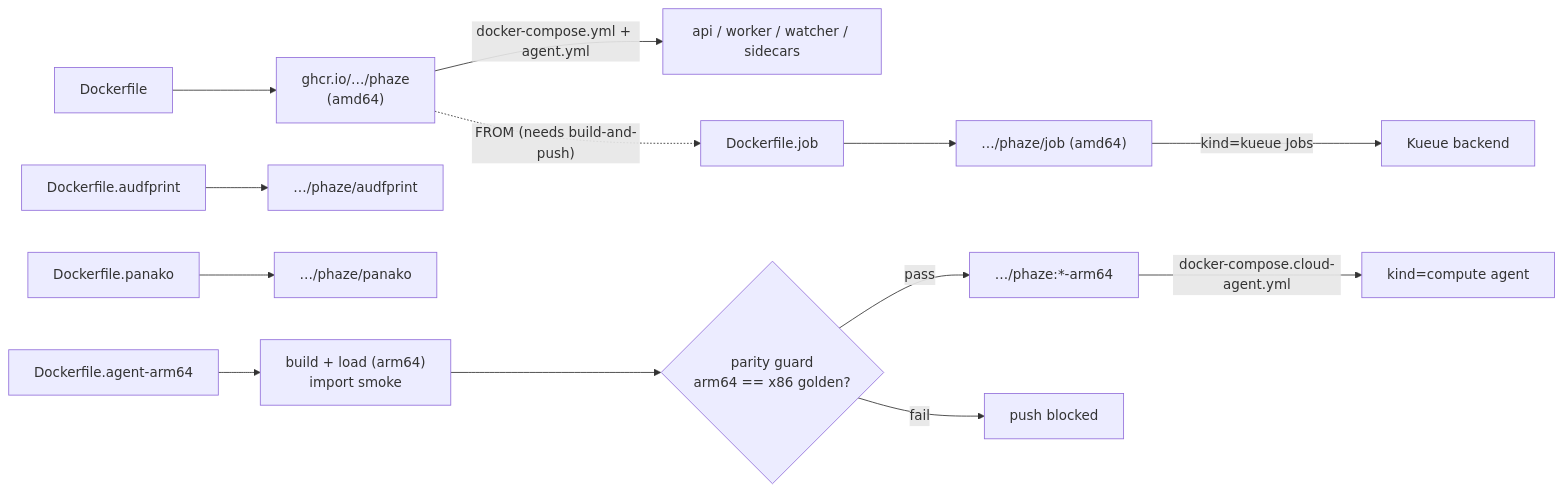
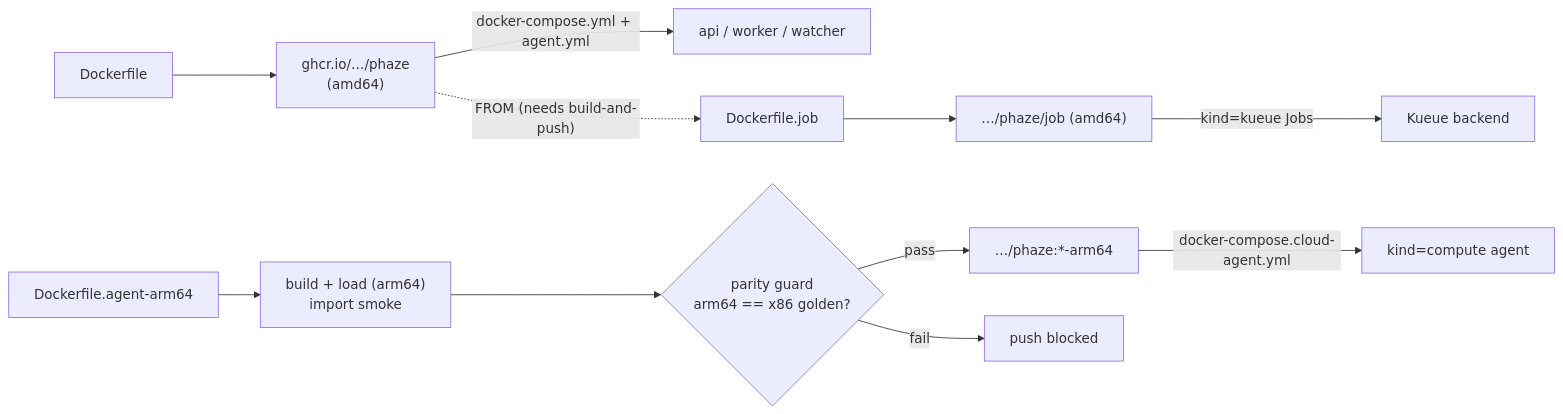
The second of 2 diagrams in docs/deployment.md (SimplicityGuy/phaze), drawn with Mermaid before and after one commit. The commit also changed other lines of this file and 14 other files, not shown here.

````diff
--- a/docs/deployment.md
+++ b/docs/deployment.md
@@ -465,18 +456,16 @@
 ```mermaid
 flowchart LR
     df1["Dockerfile"] --> api["ghcr.io/…/phaze<br/>(amd64)"]
-    df2["Dockerfile.audfprint"] --> aud["…/phaze/audfprint"]
-    df3["Dockerfile.panako"] --> pk["…/phaze/panako"]
 
-    api -->|"docker-compose.yml + agent.yml"| use1["api / worker / watcher / sidecars"]
+    api -->|"docker-compose.yml + agent.yml"| use1["api / worker / watcher"]
 
     api -.->|"FROM (needs build-and-push)"| dfjob["Dockerfile.job"]
     dfjob --> job["…/phaze/job (amd64)"]
     job -->|"kind=kueue Jobs"| kueue["Kueue backend"]
 
     df4["Dockerfile.agent-arm64"] --> loadarm["build + load (arm64)<br/>import smoke"]
     loadarm --> gate{"parity guard<br/>arm64 == x86 golden?"}
     gate -->|"pass"| arm["…/phaze:*-arm64"]
     gate -->|"fail"| block["push blocked"]
     arm -->|"docker-compose.cloud-agent.yml"| compute["kind=compute agent"]
 ```
````
